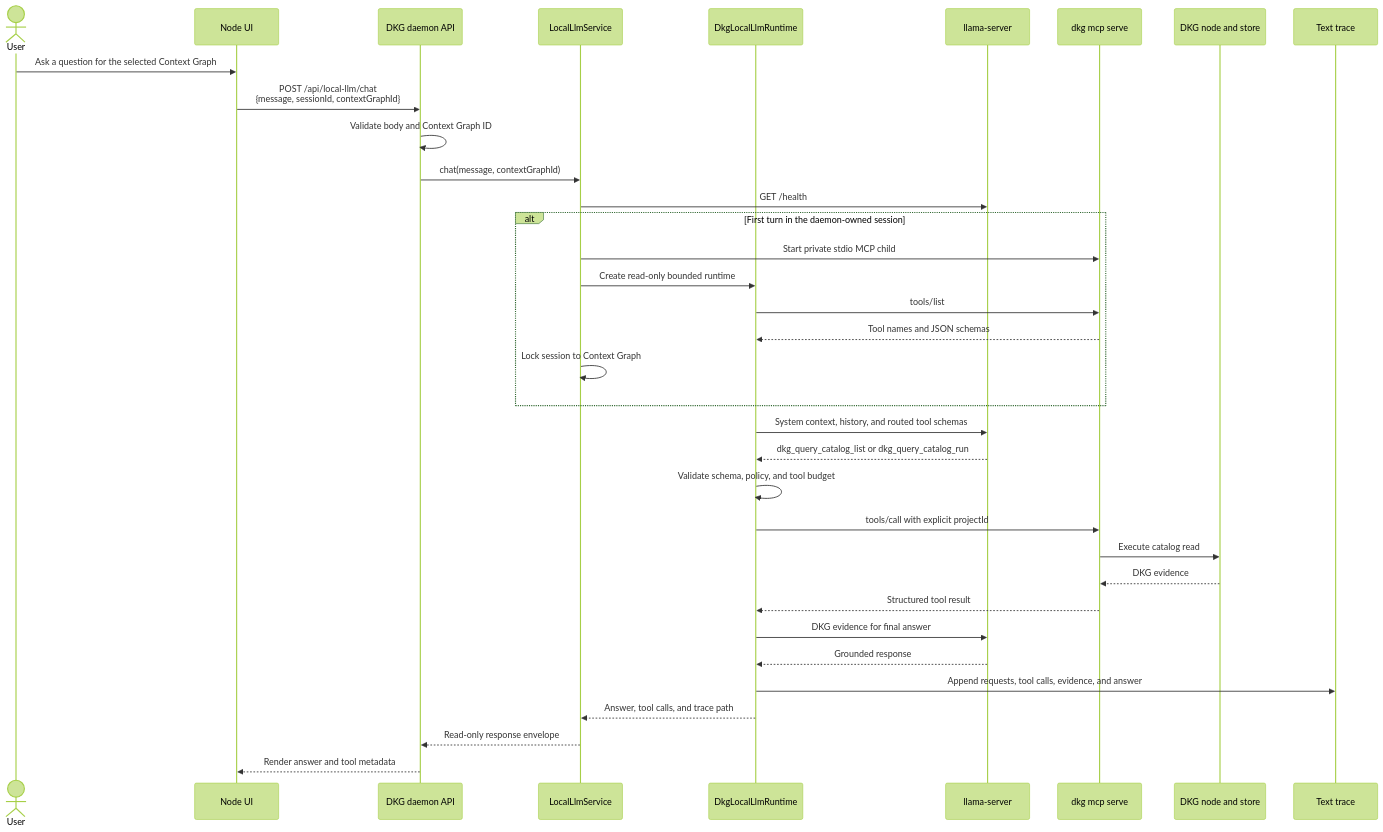
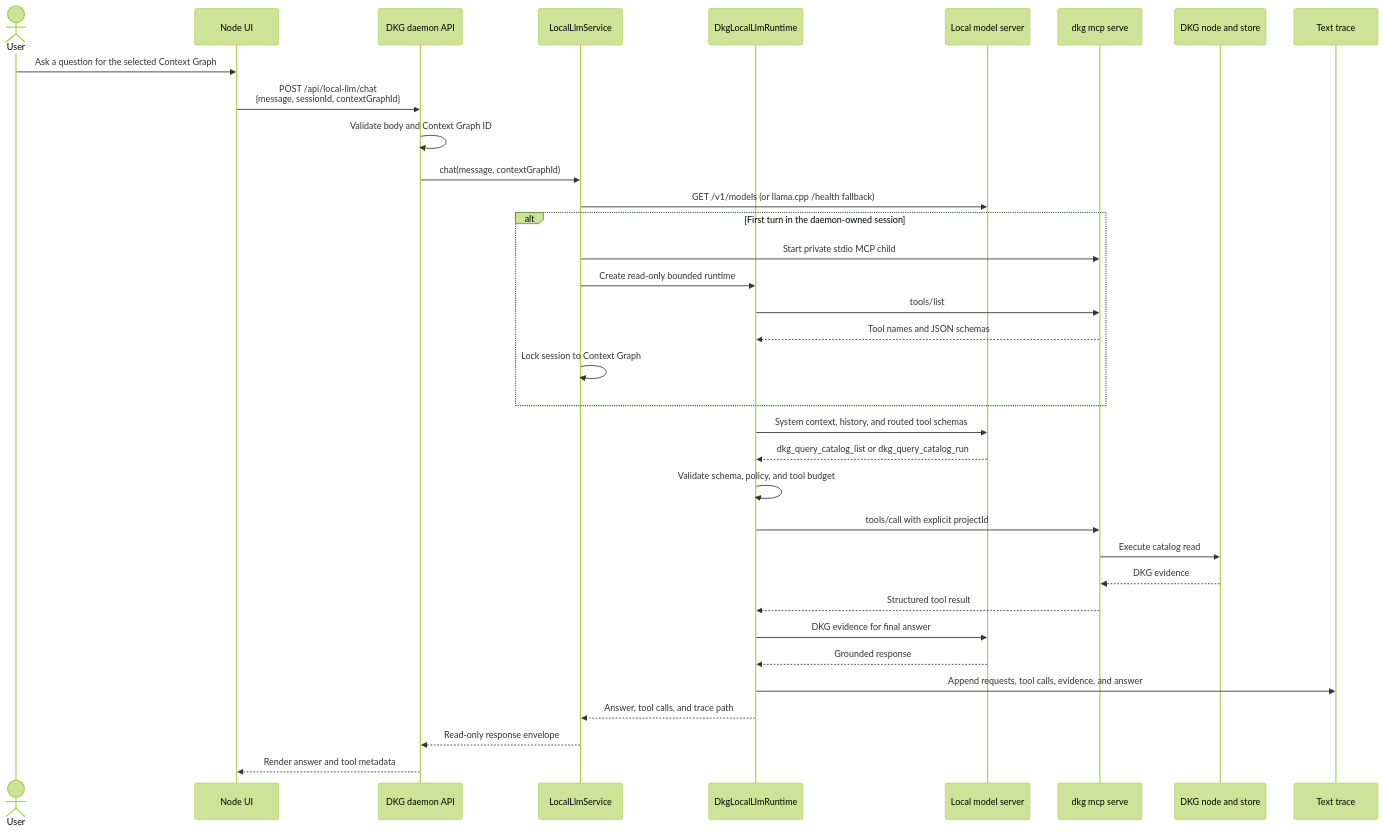
The second of 3 diagrams in docs/use-dkg/local-llm.md (OriginTrail/dkg), drawn with Mermaid (forest theme) before and after one commit. The commit also changed other lines of this file and 12 other files, not shown here.

Commit message:
feat(local-llm): support Ollama alongside llama.cpp

````diff
--- a/docs/use-dkg/local-llm.md
+++ b/docs/use-dkg/local-llm.md
@@ -526,38 +628,38 @@
 ```mermaid
 sequenceDiagram
   actor User
   participant UI as Node UI
   participant API as DKG daemon API
   participant Service as LocalLlmService
   participant Runtime as DkgLocalLlmRuntime
-  participant Llama as llama-server
+  participant Model as Local model server
   participant MCP as dkg mcp serve
   participant DKG as DKG node and store
   participant Trace as Text trace
 
   User->>UI: Ask a question for the selected Context Graph
   UI->>API: POST /api/local-llm/chat<br/>{message, sessionId, contextGraphId}
   API->>API: Validate body and Context Graph ID
   API->>Service: chat(message, contextGraphId)
-  Service->>Llama: GET /health
+  Service->>Model: GET /v1/models (or llama.cpp /health fallback)
   alt First turn in the daemon-owned session
     Service->>MCP: Start private stdio MCP child
     Service->>Runtime: Create read-only bounded runtime
     Runtime->>MCP: tools/list
     MCP-->>Runtime: Tool names and JSON schemas
     Service->>Service: Lock session to Context Graph
   end
-  Runtime->>Llama: System context, history, and routed tool schemas
-  Llama-->>Runtime: dkg_query_catalog_list or dkg_query_catalog_run
+  Runtime->>Model: System context, history, and routed tool schemas
+  Model-->>Runtime: dkg_query_catalog_list or dkg_query_catalog_run
   Runtime->>Runtime: Validate schema, policy, and tool budget
   Runtime->>MCP: tools/call with explicit projectId
   MCP->>DKG: Execute catalog read
   DKG-->>MCP: DKG evidence
   MCP-->>Runtime: Structured tool result
-  Runtime->>Llama: DKG evidence for final answer
-  Llama-->>Runtime: Grounded response
+  Runtime->>Model: DKG evidence for final answer
+  Model-->>Runtime: Grounded response
   Runtime->>Trace: Append requests, tool calls, evidence, and answer
   Runtime-->>Service: Answer, tool calls, and trace path
   Service-->>API: Read-only response envelope
   API-->>UI: Render answer and tool metadata
 ```
````
